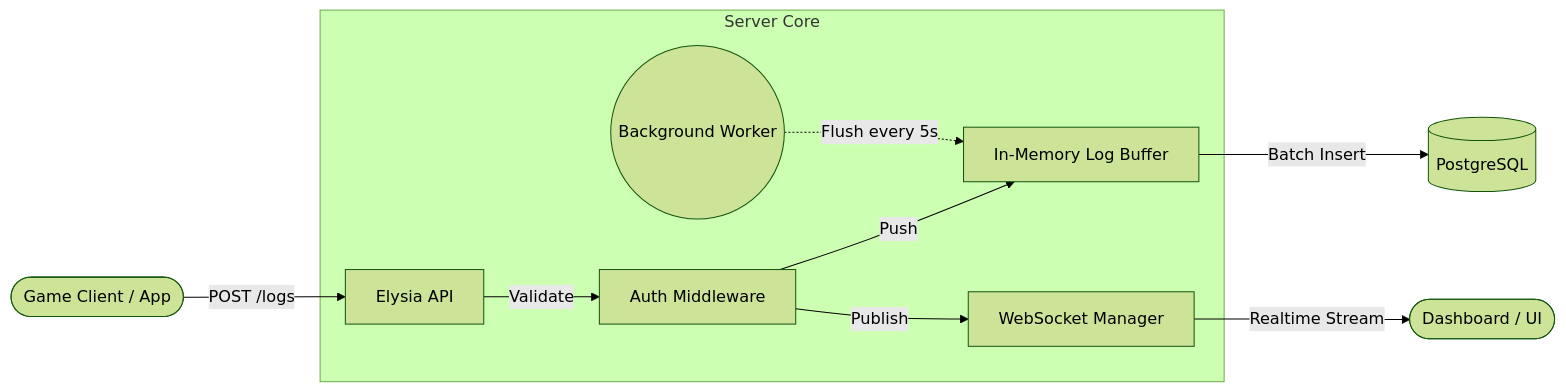
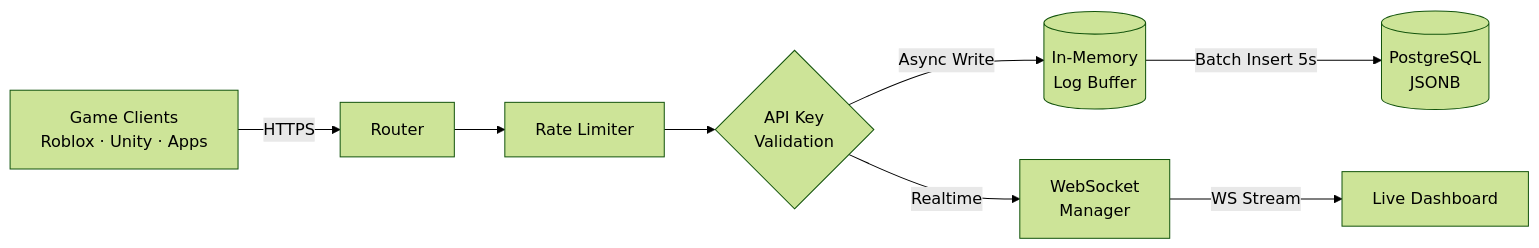
The diagram in README.md (iamthebestts/UniverseLogs), drawn with Mermaid (forest theme) before and after one commit. The commit also changed other lines of this file and 16 other files, not shown here.

First line of the commit message:
feat: atualiza configurações de ambiente, documentação e lógica de buffer de logs

````diff
--- a/README.md
+++ b/README.md
@@ -25,14 +17,29 @@
 ```mermaid
-graph LR
-    Client([Game Client / App]) -->|POST /logs| API[Elysia API]
-    
-    subgraph "Server Core"
-        API -->|Validate| Auth[Auth Middleware]
-        Auth -->|Push| Buffer[In-Memory Log Buffer]
-        Worker((Background Worker)) -.->|Flush every 5s| Buffer
-        Auth -->|Publish| WS[WebSocket Manager]
-    end
-    
-    Buffer -->|Batch Insert| DB[(PostgreSQL)]
-    WS -->|Realtime Stream| Dash([Dashboard / UI])
+flowchart LR
+
+  %% CLIENT
+  C[Game Clients<br/>Roblox · Unity · Apps]
+
+  %% GATEWAY
+  R[Router]
+  RL[Rate Limiter]
+  AUTH{API Key<br/>Validation}
+
+  %% ENGINE
+  LB[(In-Memory<br/>Log Buffer)]
+  WS[WebSocket<br/>Manager]
+
+  %% STORAGE
+  DB[(PostgreSQL<br/>JSONB)]
+
+  %% DASHBOARD
+  DASH[Live Dashboard]
+
+  %% FLOW
+  C -->|HTTPS| R
+  R --> RL --> AUTH
+  AUTH -->|Async Write| LB
+  AUTH -->|Realtime| WS
+  LB -->|Batch Insert 5s| DB
+  WS -->|WS Stream| DASH
 ```
````
